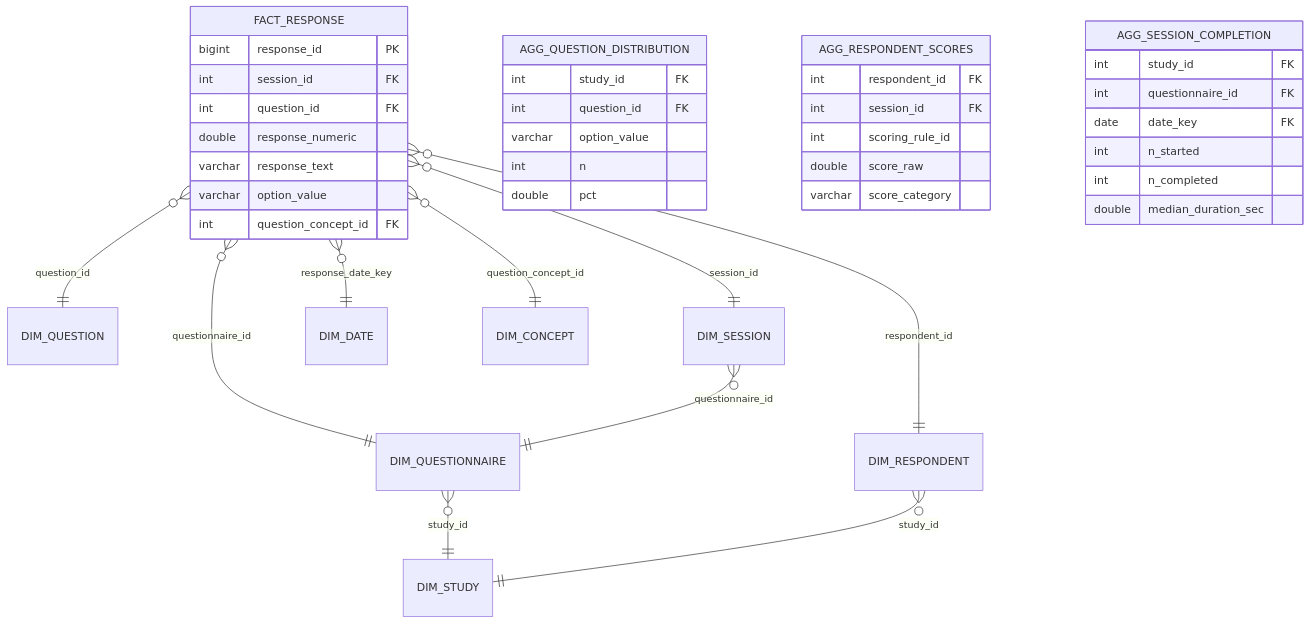
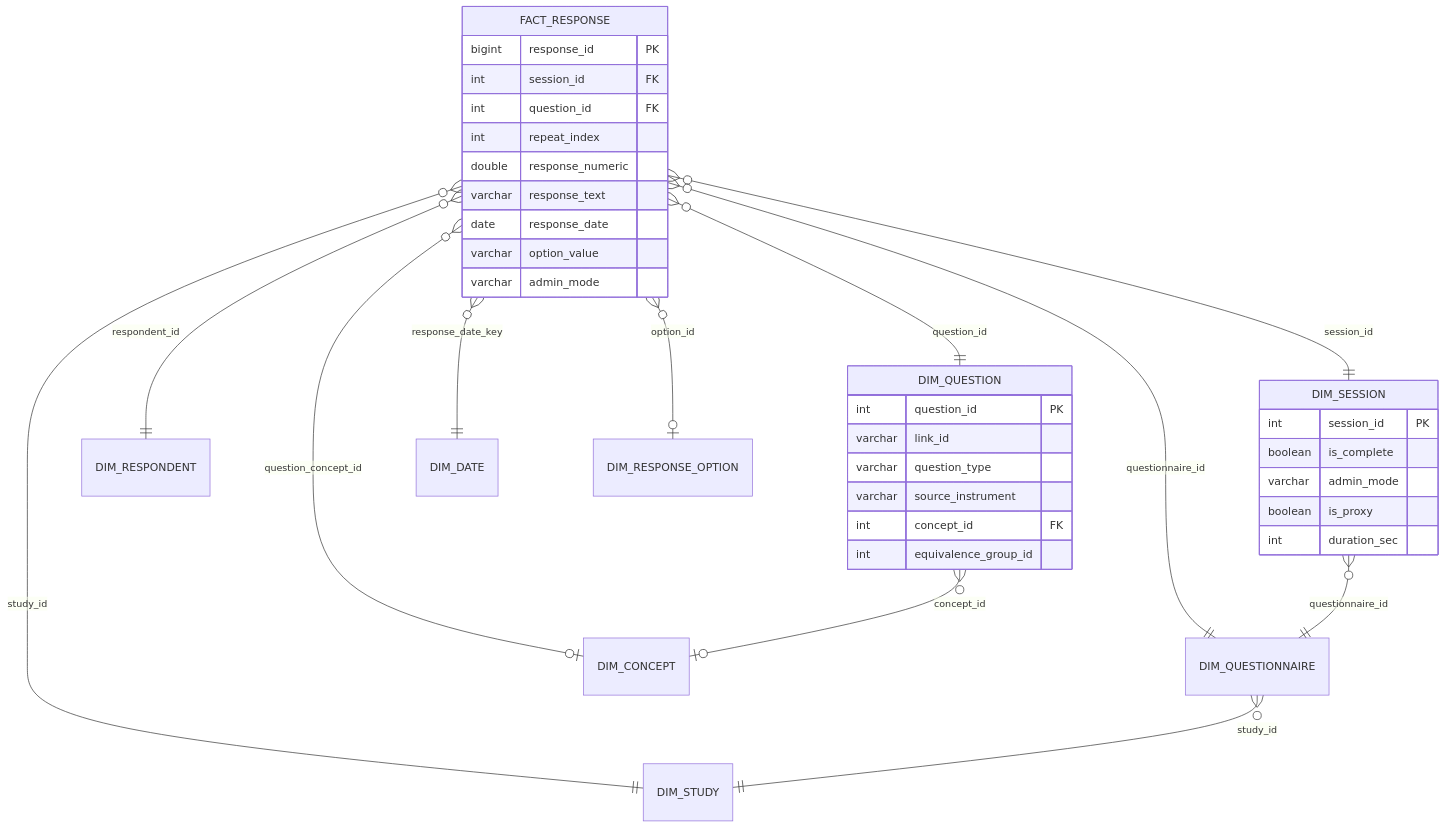
The diagram in docs/database/olap.md (quickq-io/quickq), drawn with Mermaid before and after one commit. The commit also changed other lines of this file and 1 other file, not shown here.

First line of the commit message:
Rewrite database schema docs with accurate, complete coverage

````diff
--- a/docs/database/olap.md
+++ b/docs/database/olap.md
@@ -7,48 +13,43 @@
 ```mermaid
 erDiagram
     FACT_RESPONSE }o--|| DIM_QUESTION : question_id
     FACT_RESPONSE }o--|| DIM_RESPONDENT : respondent_id
     FACT_RESPONSE }o--|| DIM_SESSION : session_id
     FACT_RESPONSE }o--|| DIM_QUESTIONNAIRE : questionnaire_id
+    FACT_RESPONSE }o--|| DIM_STUDY : study_id
     FACT_RESPONSE }o--|| DIM_DATE : response_date_key
-    FACT_RESPONSE }o--|| DIM_CONCEPT : question_concept_id
-
+    FACT_RESPONSE }o--o| DIM_RESPONSE_OPTION : option_id
+    FACT_RESPONSE }o--o| DIM_CONCEPT : question_concept_id
     DIM_QUESTIONNAIRE }o--|| DIM_STUDY : study_id
-    DIM_RESPONDENT }o--|| DIM_STUDY : study_id
     DIM_SESSION }o--|| DIM_QUESTIONNAIRE : questionnaire_id
+    DIM_QUESTION }o--o| DIM_CONCEPT : concept_id
 
     FACT_RESPONSE {
         bigint response_id PK
         int session_id FK
         int question_id FK
+        int repeat_index
         double response_numeric
         varchar response_text
+        date response_date
         varchar option_value
-        int question_concept_id FK
+        varchar admin_mode
     }
 
-    AGG_QUESTION_DISTRIBUTION {
-        int study_id FK
-        int question_id FK
-        varchar option_value
-        int n
-        double pct
+    DIM_QUESTION {
+        int question_id PK
+        varchar link_id
+        varchar question_type
+        varchar source_instrument
+        int concept_id FK
+        int equivalence_group_id
     }
 
-    AGG_RESPONDENT_SCORES {
-        int respondent_id FK
-        int session_id FK
-        int scoring_rule_id
-        double score_raw
-        varchar score_category
-    }
-
-    AGG_SESSION_COMPLETION {
-        int study_id FK
-        int questionnaire_id FK
-        date date_key FK
-        int n_started
-        int n_completed
-        double median_duration_sec
+    DIM_SESSION {
+        int session_id PK
+        boolean is_complete
+        varchar admin_mode
+        boolean is_proxy
+        int duration_sec
     }
 ```
````
